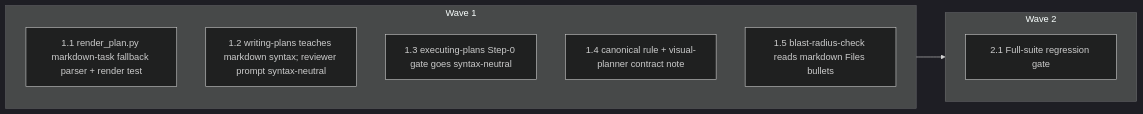
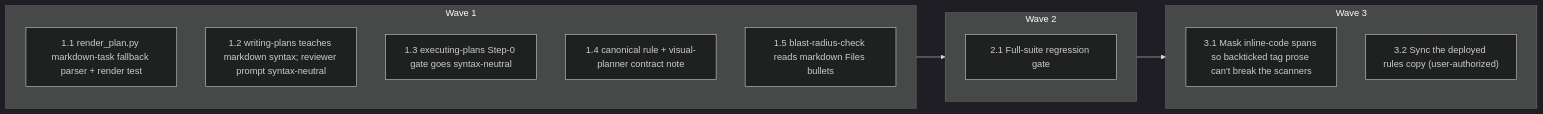
Before and after one commit to minhtran3124/agent-harness: the diagram in specs/writing-plans-format-fix/PLAN.md, drawn with Mermaid (dark theme). The commit also changed other lines of this file and 4 other files, not shown here.

````diff
--- a/specs/writing-plans-format-fix/PLAN.md
+++ b/specs/writing-plans-format-fix/PLAN.md
@@ -24,14 +26,19 @@
 ```mermaid
 flowchart LR
   subgraph W0[Wave 1]
     T1_1["1.1 render_plan.py markdown-task fallback parser + render test"]
     T1_2["1.2 writing-plans teaches markdown syntax; reviewer prompt syntax-neutral"]
     T1_3["1.3 executing-plans Step-0 gate goes syntax-neutral"]
     T1_4["1.4 canonical rule + visual-planner contract note"]
     T1_5["1.5 blast-radius-check reads markdown Files bullets"]
   end
   subgraph W1[Wave 2]
     T2_1["2.1 Full-suite regression gate"]
   end
+  subgraph W2[Wave 3]
+    T3_1["3.1 Mask inline-code spans so backticked tag prose can't break the scanners"]
+    T3_2["3.2 Sync the deployed rules copy (user-authorized)"]
+  end
   W0 --> W1
+  W1 --> W2
 ```
````
